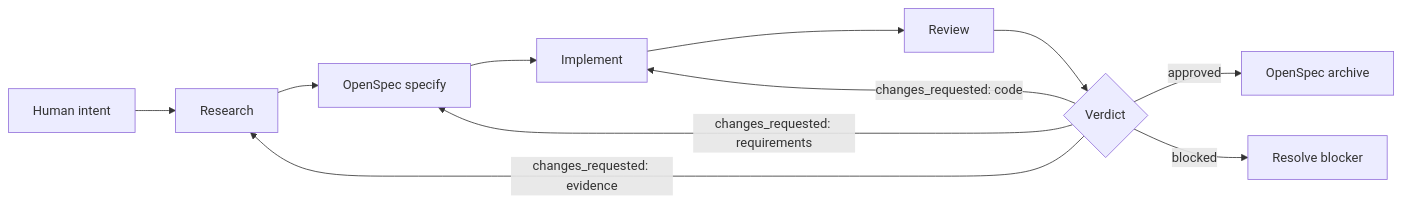
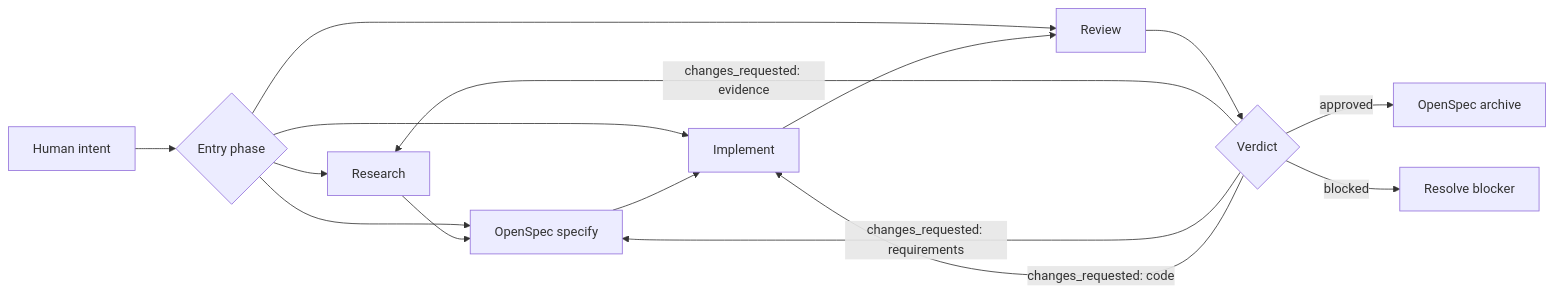
Before and after one commit to mols3131d/hmda-data-reliability: the diagram in .agents/skills/pivot-openspec-rpi/references/workflow.md, drawn with Mermaid. The commit also changed other lines of this file and 6 other files, not shown here.

````diff
--- a/.agents/skills/pivot-openspec-rpi/references/workflow.md
+++ b/.agents/skills/pivot-openspec-rpi/references/workflow.md
@@ -5,16 +5,22 @@
 ```mermaid
 flowchart LR
     H[Human intent]
+    E{Entry phase}
     R[Research]
     O[OpenSpec specify]
     I[Implement]
     V[Review]
     D{Verdict}
 
-    H --> R --> O --> I --> V --> D
+    H --> E
+    E --> R
+    E --> O
+    E --> I
+    E --> V
+    R --> O --> I --> V --> D
     D -- approved --> A[OpenSpec archive]
     D -- changes_requested: evidence --> R
     D -- changes_requested: requirements --> O
     D -- changes_requested: code --> I
     D -- blocked --> B[Resolve blocker]
 ```
````
